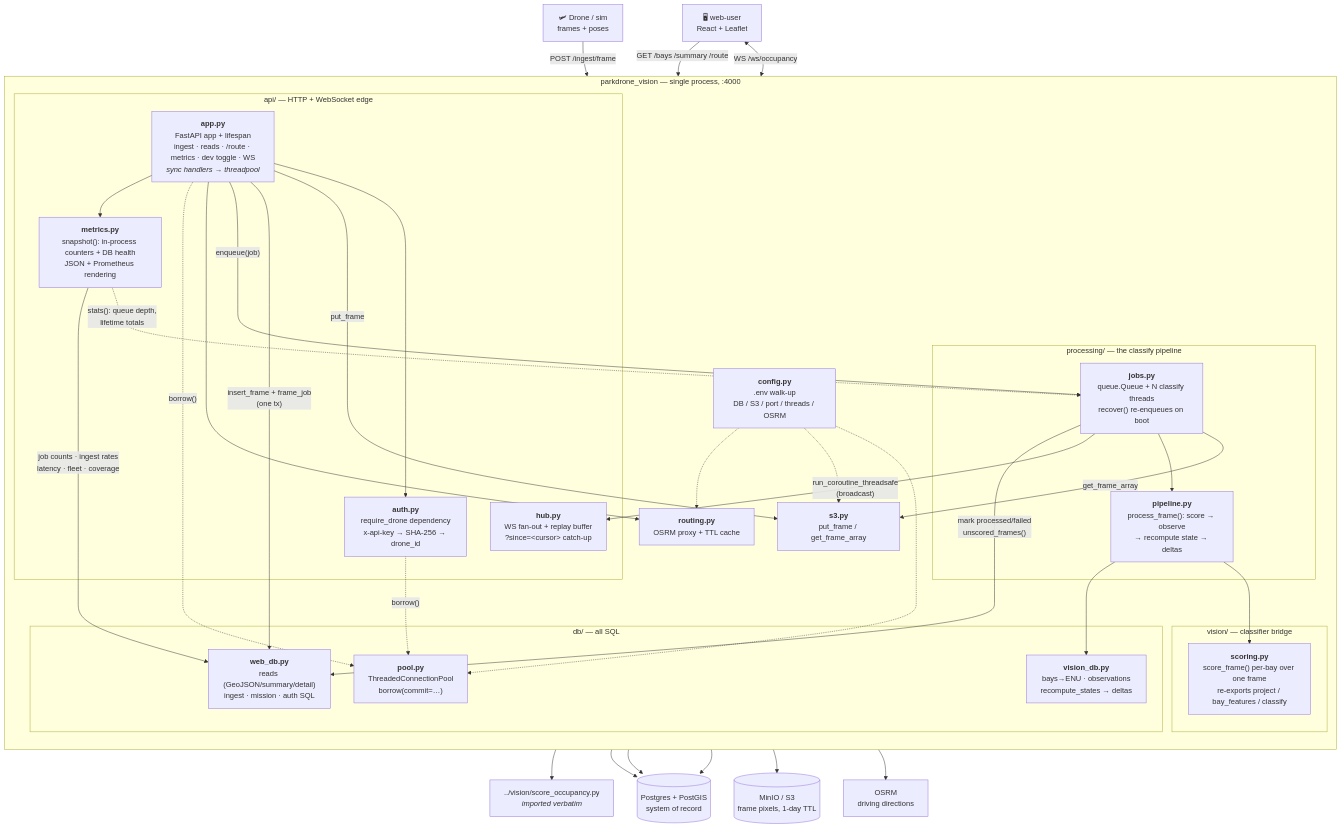
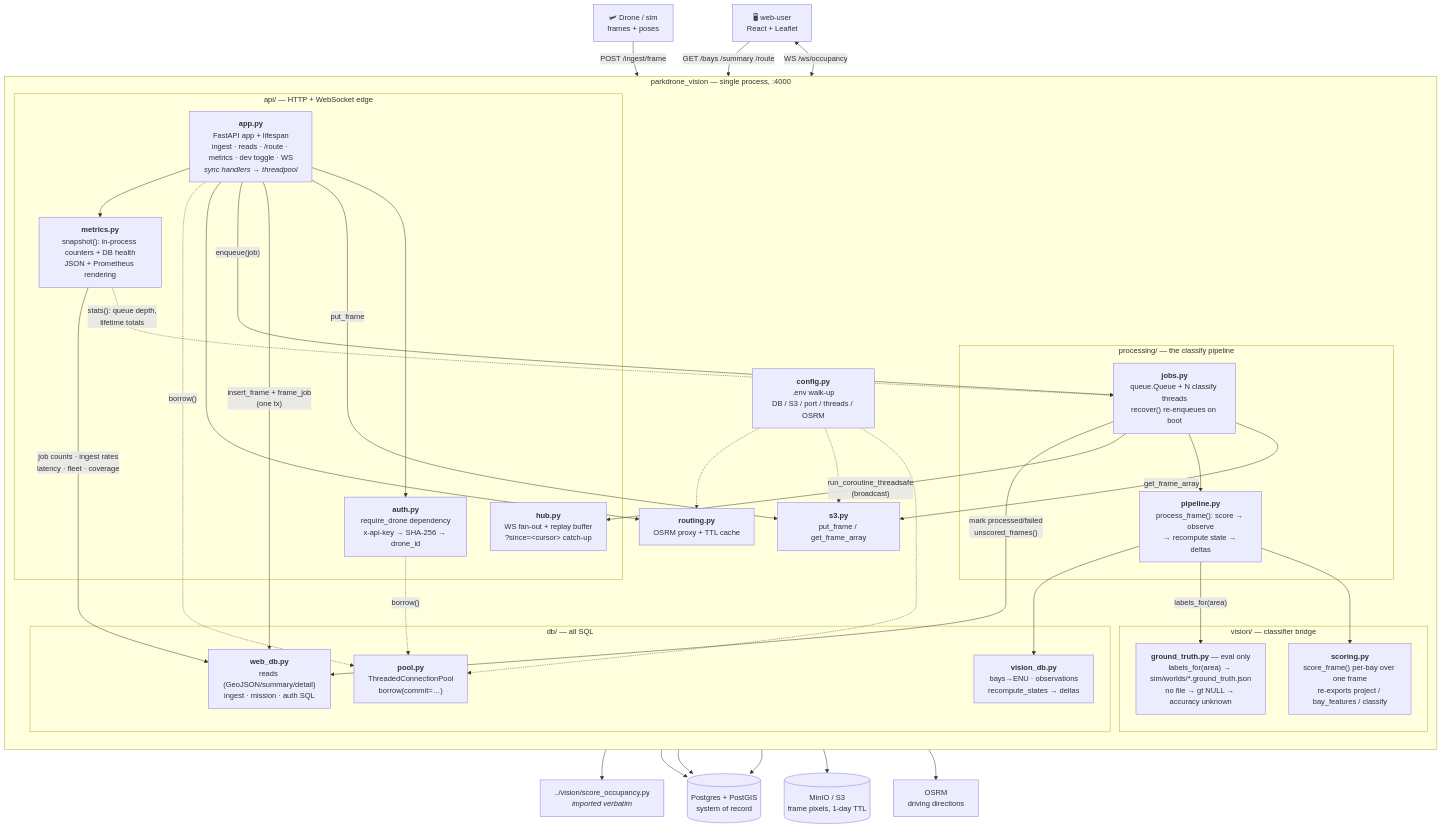
Before and after one commit to l-pavlova/drone_project: the diagram in docs/server_modules.md, drawn with Mermaid. The commit also changed other lines of this file and 37 other files, not shown here.

````diff
--- a/docs/server_modules.md
+++ b/docs/server_modules.md
@@ -14,74 +14,76 @@
 ```mermaid
 flowchart TB
     drone["🛩 Drone / sim<br/>frames + poses"]
     browser["🖥 web-user<br/>React + Leaflet"]
 
     subgraph proc["parkdrone_vision — single process, :4000"]
         direction TB
 
         subgraph api["api/ — HTTP + WebSocket edge"]
             app["<b>app.py</b><br/>FastAPI app + lifespan<br/>ingest · reads · /route · metrics · dev toggle · WS<br/><i>sync handlers → threadpool</i>"]
             auth["<b>auth.py</b><br/>require_drone dependency<br/>x-api-key → SHA-256 → drone_id"]
             hub["<b>hub.py</b><br/>WS fan-out + replay buffer<br/>?since=&lt;cursor&gt; catch-up"]
             met["<b>metrics.py</b><br/>snapshot(): in-process counters + DB health<br/>JSON + Prometheus rendering"]
         end
 
         subgraph processing["processing/ — the classify pipeline"]
             jobs["<b>jobs.py</b><br/>queue.Queue + N classify threads<br/>recover() re-enqueues on boot"]
             pipeline["<b>pipeline.py</b><br/>process_frame(): score → observe<br/>→ recompute state → deltas"]
         end
 
         subgraph vision["vision/ — classifier bridge"]
             scoring["<b>scoring.py</b><br/>score_frame() per-bay over one frame<br/>re-exports project / bay_features / classify"]
+            gt["<b>ground_truth.py</b> — eval only<br/>labels_for(area) → sim/worlds/*.ground_truth.json<br/>no file → gt NULL → accuracy unknown"]
         end
 
         subgraph dbp["db/ — all SQL"]
             pool["<b>pool.py</b><br/>ThreadedConnectionPool<br/>borrow(commit=…)"]
             webdb["<b>web_db.py</b><br/>reads (GeoJSON/summary/detail)<br/>ingest · mission · auth SQL"]
             visdb["<b>vision_db.py</b><br/>bays→ENU · observations<br/>recompute_states → deltas"]
         end
 
         config["<b>config.py</b><br/>.env walk-up<br/>DB / S3 / port / threads / OSRM"]
         s3m["<b>s3.py</b><br/>put_frame / get_frame_array"]
         routing["<b>routing.py</b><br/>OSRM proxy + TTL cache"]
     end
 
     pg[("Postgres + PostGIS<br/>system of record")]
     minio[("MinIO / S3<br/>frame pixels, 1-day TTL")]
     osrm["OSRM<br/>driving directions"]
     so["../vision/score_occupancy.py<br/><i>imported verbatim</i>"]
 
     drone -->|"POST /ingest/frame"| app
     browser -->|"GET /bays /summary /route"| app
     browser <-->|"WS /ws/occupancy"| hub
 
     app --> auth
     app -->|"put_frame"| s3m
     app -->|"insert_frame + frame_job<br/>(one tx)"| webdb
     app -->|"enqueue(job)"| jobs
     app --> routing
     app -.->|"borrow()"| pool
     auth -.->|"borrow()"| pool
 
     jobs -->|"get_frame_array"| s3m
     jobs --> pipeline
     jobs -->|"run_coroutine_threadsafe<br/>(broadcast)"| hub
     jobs -->|"mark processed/failed<br/>unscored_frames()"| webdb
     pipeline --> scoring
+    pipeline -->|"labels_for(area)"| gt
     pipeline --> visdb
     scoring --> so
 
     webdb --> pg
     visdb --> pg
     pool --> pg
     s3m --> minio
     routing --> osrm
 
     config -.-> pool
     config -.-> s3m
     config -.-> routing
 
     app --> met
     met -.->|"stats(): queue depth,<br/>lifetime totals"| jobs
     met -->|"job counts · ingest rates<br/>latency · fleet · coverage"| webdb
 ```
````
